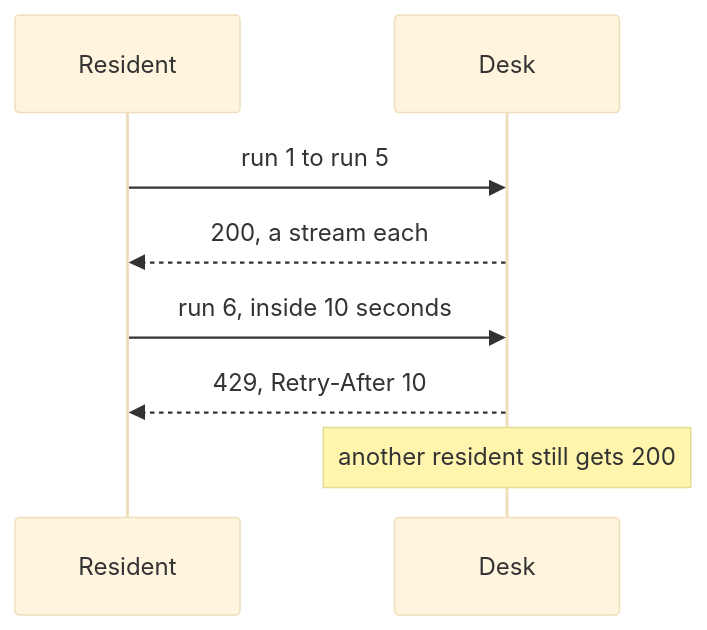
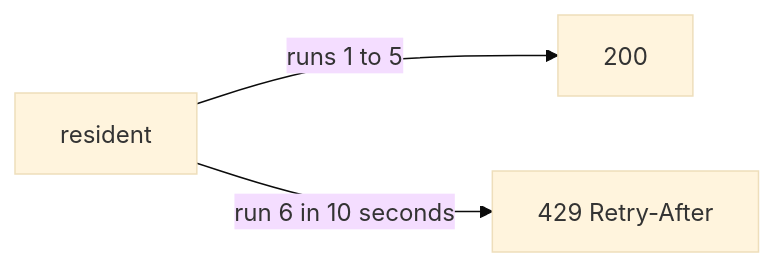
Before and after one commit to learnwithparam/agentic-deployment: the diagram in parts/03-bound-the-runs/02-rate-limit-residents/problem/README.md, drawn with Mermaid (base theme). The commit also changed other lines of this file and 370 other files, not shown here.

````diff
--- a/parts/03-bound-the-runs/02-rate-limit-residents/problem/README.md
+++ b/parts/03-bound-the-runs/02-rate-limit-residents/problem/README.md
@@ -26,10 +21,5 @@
 ```mermaid
-sequenceDiagram
-  participant R as Resident
-  participant D as Desk
-  R->>D: run 1 to run 5
-  D-->>R: 200, a stream each
-  R->>D: run 6, inside 10 seconds
-  D-->>R: 429, Retry-After 10
-  Note over D: another resident still gets 200
+flowchart LR
+  R[resident] -->|runs 1 to 5| OK[200]
+  R -->|run 6 in 10 seconds| X[429 Retry-After]
 ```
````
